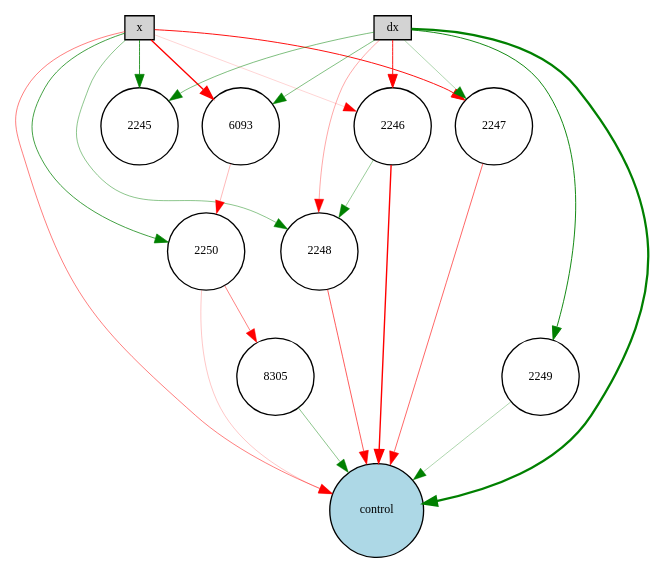
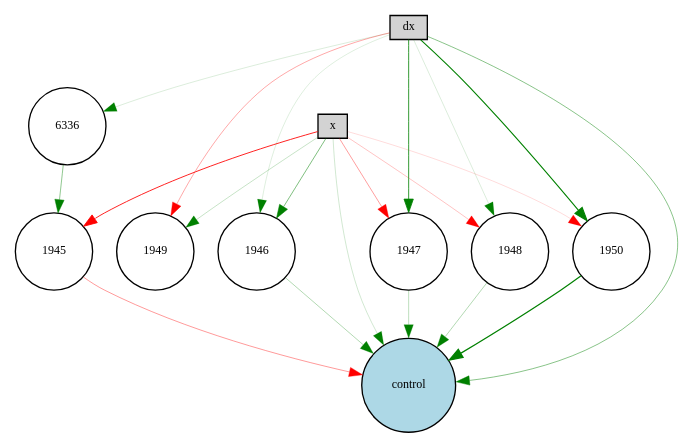
The diagram in MountainCar_winner-feedforward-enabled-pruned.gv (ssahare-hub/NEAT-BioInspiredProject), drawn with Graphviz before and after one commit. The commit also changed 465 other files, not shown here.

```diff
--- a/MountainCar_winner-feedforward-enabled-pruned.gv
+++ b/MountainCar_winner-feedforward-enabled-pruned.gv
@@ -1,36 +1,32 @@
 digraph {
 	node [fontsize=9 height=0.2 shape=circle width=0.2]
 	x [fillcolor=lightgray shape=box style=filled]
 	dx [fillcolor=lightgray shape=box style=filled]
 	control [fillcolor=lightblue style=filled]
-	2246 [fillcolor=white style=filled]
-	2247 [fillcolor=white style=filled]
-	2248 [fillcolor=white style=filled]
-	2249 [fillcolor=white style=filled]
-	2250 [fillcolor=white style=filled]
-	6093 [fillcolor=white style=filled]
-	8305 [fillcolor=white style=filled]
-	2250 -> control [color=red penwidth=0.17146957344861913 style=solid]
-	x -> 2250 [color=green penwidth=0.5502889672566822 style=solid]
-	2246 -> control [color=red penwidth=1.0516504204715715 style=solid]
-	x -> 2245 [color=green penwidth=0.6038759680616193 style=solid]
-	2247 -> control [color=red penwidth=0.4530417115855456 style=solid]
-	x -> 2246 [color=red penwidth=0.13200654222430924 style=solid]
-	dx -> 2248 [color=red penwidth=0.26020615223883836 style=solid]
-	x -> 2248 [color=green penwidth=0.34201391334713616 style=solid]
-	dx -> 2249 [color=green penwidth=0.6882104770230222 style=solid]
-	2249 -> control [color=green penwidth=0.23593042237163472 style=solid]
-	dx -> 2245 [color=green penwidth=0.37889972169897335 style=solid]
-	dx -> 2246 [color=red penwidth=0.6928219474380086 style=solid]
-	dx -> control [color=green penwidth=1.7130908468334358 style=solid]
-	x -> 2247 [color=red penwidth=0.6987280343894396 style=solid]
-	2248 -> control [color=red penwidth=0.47942510714022835 style=solid]
-	dx -> 2247 [color=green penwidth=0.2448527908672052 style=solid]
-	x -> control [color=red penwidth=0.3789927914442357 style=solid]
-	dx -> 6093 [color=green penwidth=0.3665491328449758 style=solid]
-	6093 -> 2250 [color=red penwidth=0.21492857712376415 style=solid]
-	x -> 6093 [color=red penwidth=0.997038369455983 style=solid]
-	2246 -> 2248 [color=green penwidth=0.303226324834326 style=solid]
-	2250 -> 8305 [color=red penwidth=0.37450308430223533 style=solid]
-	8305 -> control [color=green penwidth=0.34289035017101466 style=solid]
+	6336 [fillcolor=white style=filled]
+	1945 [fillcolor=white style=filled]
+	1946 [fillcolor=white style=filled]
+	1947 [fillcolor=white style=filled]
+	1948 [fillcolor=white style=filled]
+	1950 [fillcolor=white style=filled]
+	1947 -> control [color=green penwidth=0.19678707180814425 style=solid]
+	1946 -> control [color=green penwidth=0.22985963677121948 style=solid]
+	x -> 1946 [color=green penwidth=0.3849861220003533 style=solid]
+	x -> 1948 [color=red penwidth=0.17875353382590548 style=solid]
+	1950 -> control [color=green penwidth=0.9104222419319551 style=solid]
+	dx -> 1950 [color=green penwidth=0.8277828173672704 style=solid]
+	dx -> 1946 [color=green penwidth=0.10056000447131033 style=solid]
+	1945 -> control [color=red penwidth=0.2962476451298003 style=solid]
+	dx -> 1949 [color=red penwidth=0.2581938888700006 style=solid]
+	x -> 1950 [color=red penwidth=0.10654577995575812 style=solid]
+	x -> control [color=green penwidth=0.1445132268437006 style=solid]
+	x -> 1949 [color=green penwidth=0.1677104327695344 style=solid]
+	dx -> 1948 [color=green penwidth=0.11106588008502477 style=solid]
+	dx -> 1947 [color=green penwidth=0.6014731229799293 style=solid]
+	1948 -> control [color=green penwidth=0.22805406140044535 style=solid]
+	x -> 1947 [color=red penwidth=0.285672461272528 style=solid]
+	x -> 1945 [color=red penwidth=0.6463298713194275 style=solid]
+	dx -> control [color=green penwidth=0.3456342840826132 style=solid]
+	dx -> 6336 [color=green penwidth=0.11486729291729925 style=solid]
+	6336 -> 1945 [color=green penwidth=0.3313201381092835 style=solid]
 }
```
